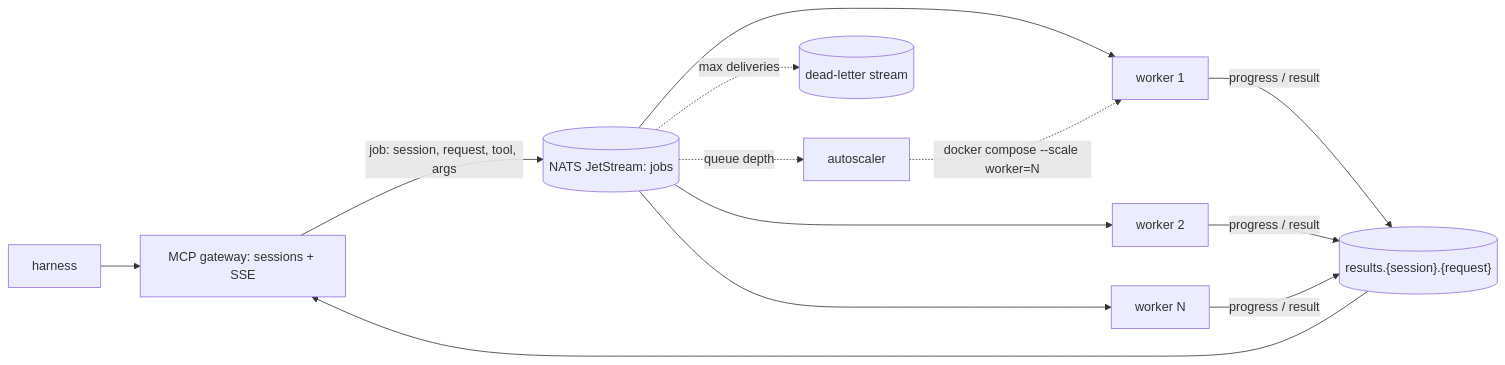
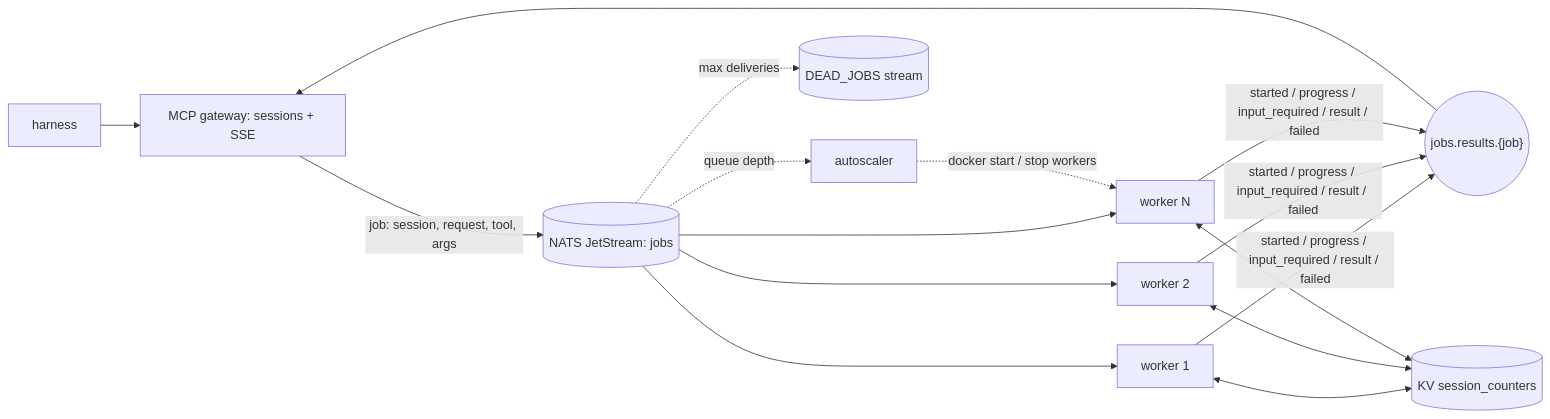
One commit to ak7270090/mcp-server-scale changed the sixth of 9 diagrams in PLAN.md. Above: the diagram before and after it, drawn with Mermaid. The commit also changed other lines of this file and 67 other files, not shown here.

First line of the commit message:
feat(04): gateway + NATS JetStream queue + workers + autoscaler

````diff
--- a/PLAN.md
+++ b/PLAN.md
@@ -327,13 +327,14 @@
 ```mermaid
 flowchart LR
     client["harness"] --> gw["MCP gateway: sessions + SSE"]
     gw -->|"job: session, request, tool, args"| js[("NATS JetStream: jobs")]
     js --> w1["worker 1"]
     js --> w2["worker 2"]
     js --> wn["worker N"]
-    w1 & w2 & wn -->|"progress / result"| rs[("results.{session}.{request}")]
+    w1 & w2 & wn -->|"started / progress / input_required / result / failed"| rs(("jobs.results.{job}"))
     rs --> gw
+    w1 & w2 & wn <--> kv[("KV session_counters")]
     js -.->|"queue depth"| as["autoscaler"]
-    as -.->|"docker compose --scale worker=N"| w1
-    js -.->|"max deliveries"| dlq[("dead-letter stream")]
+    as -.->|"docker start / stop workers"| wn
+    js -.->|"max deliveries"| dlq[("DEAD_JOBS stream")]
 ```
````
